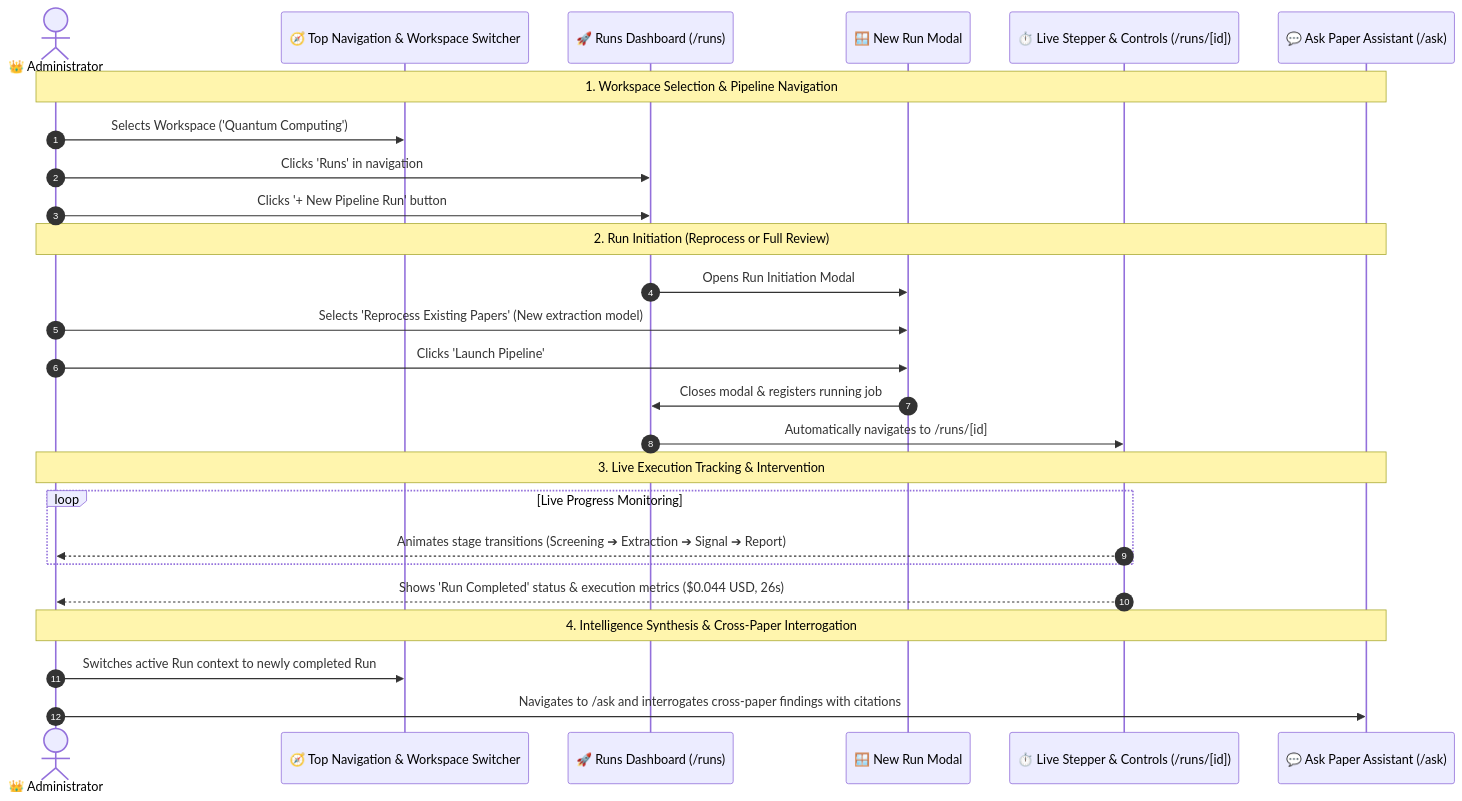
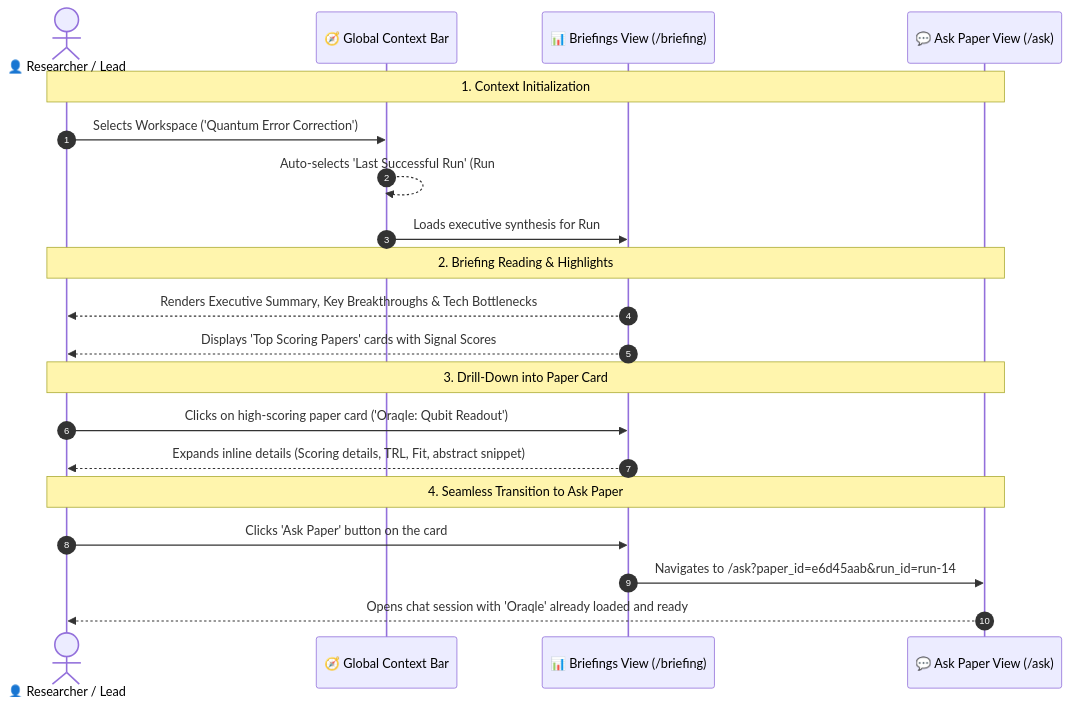
One commit to p4ku/research-intelligence changed the first of 6 diagrams in docs/user_journeys/stage_2_user_journeys.md. Above: the diagram before and after it, drawn with Mermaid. The commit also changed other lines of this file, not shown here.

Commit message:
docs: align stage 2 user journeys with 4-pillar hand-drawn architecture mockups

````diff
--- a/docs/user_journeys/stage_2_user_journeys.md
+++ b/docs/user_journeys/stage_2_user_journeys.md
@@ -76,32 +63,26 @@
 ```mermaid
 sequenceDiagram
     autonumber
-    actor Admin as 👑 Administrator
-    participant TopBar as 🧭 Top Navigation & Workspace Switcher
-    participant RunsPage as 🚀 Runs Dashboard (/runs)
-    participant Modal as 🪟 New Run Modal
-    participant Stepper as ⏱️ Live Stepper & Controls (/runs/[id])
-    participant AskUI as 💬 Ask Paper Assistant (/ask)
+    actor User as 👤 Researcher / Lead
+    participant TopBar as 🧭 Global Context Bar
+    participant BriefingUI as 📊 Briefings View (/briefing)
+    participant AskUI as 💬 Ask Paper View (/ask)
 
-    Note over Admin,AskUI: 1. Workspace Selection & Pipeline Navigation
-    Admin->>TopBar: Selects Workspace ('Quantum Computing')
-    Admin->>RunsPage: Clicks 'Runs' in navigation
-    Admin->>RunsPage: Clicks '+ New Pipeline Run' button
+    Note over User,AskUI: 1. Context Initialization
+    User->>TopBar: Selects Workspace ('Quantum Error Correction')
+    TopBar-->>TopBar: Auto-selects 'Last Successful Run' (Run #14)
+    TopBar->>BriefingUI: Loads executive synthesis for Run #14
 
-    Note over Admin,AskUI: 2. Run Initiation (Reprocess or Full Review)
-    RunsPage->>Modal: Opens Run Initiation Modal
-    Admin->>Modal: Selects 'Reprocess Existing Papers' (New extraction model)
-    Admin->>Modal: Clicks 'Launch Pipeline'
-    Modal->>RunsPage: Closes modal & registers running job
-    RunsPage->>Stepper: Automatically navigates to /runs/[id]
+    Note over User,AskUI: 2. Briefing Reading & Highlights
+    BriefingUI-->>User: Renders Executive Summary, Key Breakthroughs & Tech Bottlenecks
+    BriefingUI-->>User: Displays 'Top Scoring Papers' cards with Signal Scores
 
-    Note over Admin,AskUI: 3. Live Execution Tracking & Intervention
-    loop Live Progress Monitoring
-        Stepper-->>Admin: Animates stage transitions (Screening ➔ Extraction ➔ Signal ➔ Report)
-    end
-    Stepper-->>Admin: Shows 'Run Completed' status & execution metrics ($0.044 USD, 26s)
+    Note over User,AskUI: 3. Drill-Down into Paper Card
+    User->>BriefingUI: Clicks on high-scoring paper card ('Oraqle: Qubit Readout')
+    BriefingUI-->>User: Expands inline details (Scoring details, TRL, Fit, abstract snippet)
 
-    Note over Admin,AskUI: 4. Intelligence Synthesis & Cross-Paper Interrogation
-    Admin->>TopBar: Switches active Run context to newly completed Run
-    Admin->>AskUI: Navigates to /ask and interrogates cross-paper findings with citations
+    Note over User,AskUI: 4. Seamless Transition to Ask Paper
+    User->>BriefingUI: Clicks 'Ask Paper' button on the card
+    BriefingUI->>AskUI: Navigates to /ask?paper_id=e6d45aab&run_id=run-14
+    AskUI-->>User: Opens chat session with 'Oraqle' already loaded and ready
 ```
````
